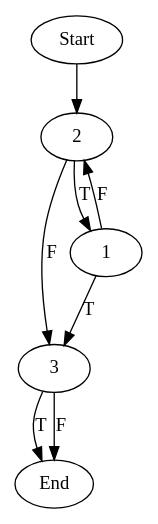
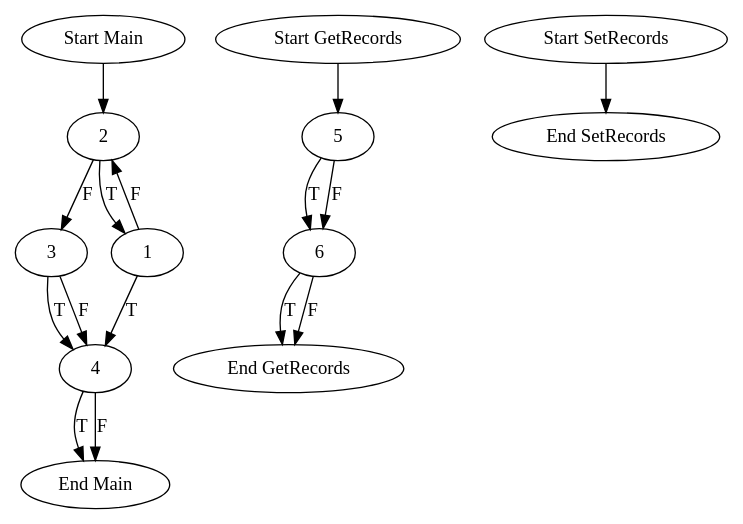
Before and after one commit to echancrure/Sikraken: the diagram in Parser/input.dot, drawn with Graphviz. The commit also changed 15 other files, not shown here.

Commit message:
Control flow graph working on multiple functions. Some refactorization is required and after that regression tests.

```diff
--- a/Parser/input.dot
+++ b/Parser/input.dot
@@ -1,9 +1,23 @@
 digraph CFG {
-"Start" -> "2"	 
-"3" -> "End" [label = "T"];
-"3" -> "End" [label = "F"];
+subgraph Main{
+"Start Main" -> "2"	 
+"4" -> "End Main" [label = "T"];
+"4" -> "End Main" [label = "F"];
+"3" -> "4" [label = "T"];
+"3" -> "4" [label = "F"];
 "2" -> "1" [label = "T"];
 "2" -> "3" [label = "F"];
-"1" -> "3" [label = "T"];
+"1" -> "4" [label = "T"];
 "1" -> "2" [label = "F"];
 }
+subgraph GetRecords{
+"Start GetRecords" -> "5"	 
+"6" -> "End GetRecords" [label = "T"];
+"6" -> "End GetRecords" [label = "F"];
+"5" -> "6" [label = "T"];
+"5" -> "6" [label = "F"];
+}
+subgraph SetRecords{
+"Start SetRecords" -> "End SetRecords";
+}
+}
```
